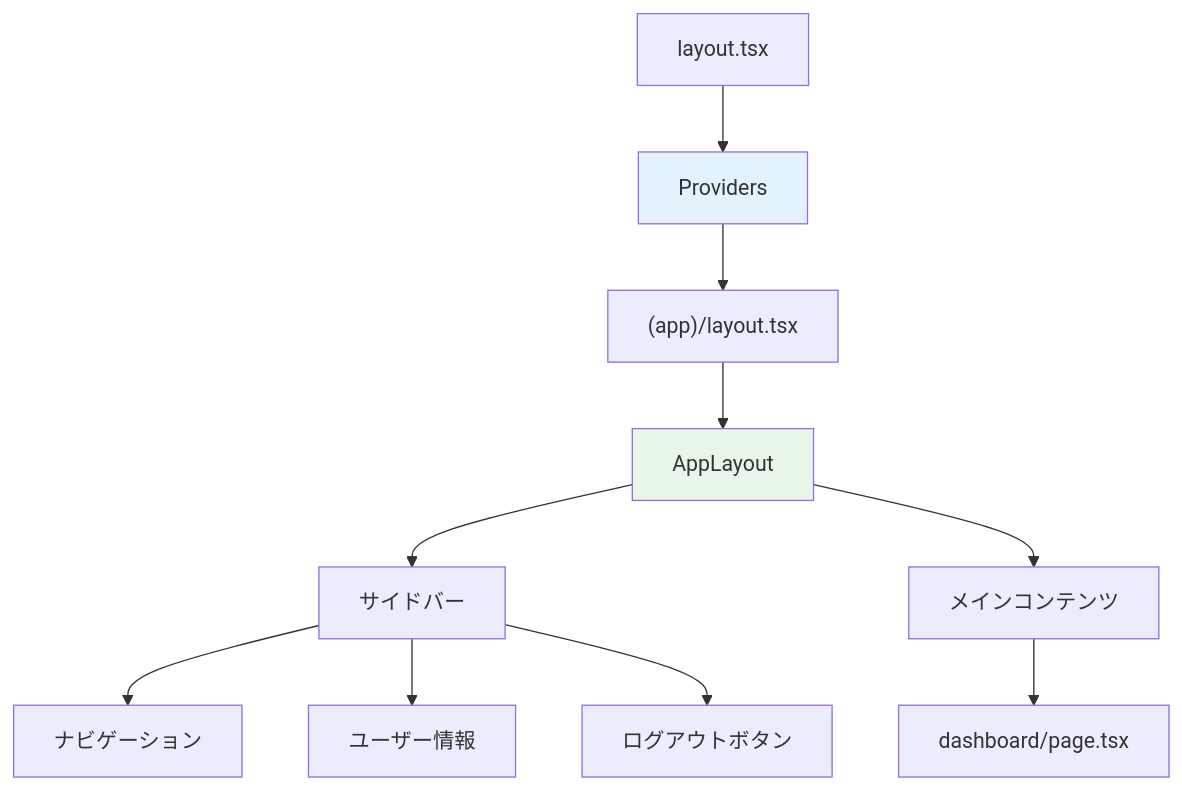
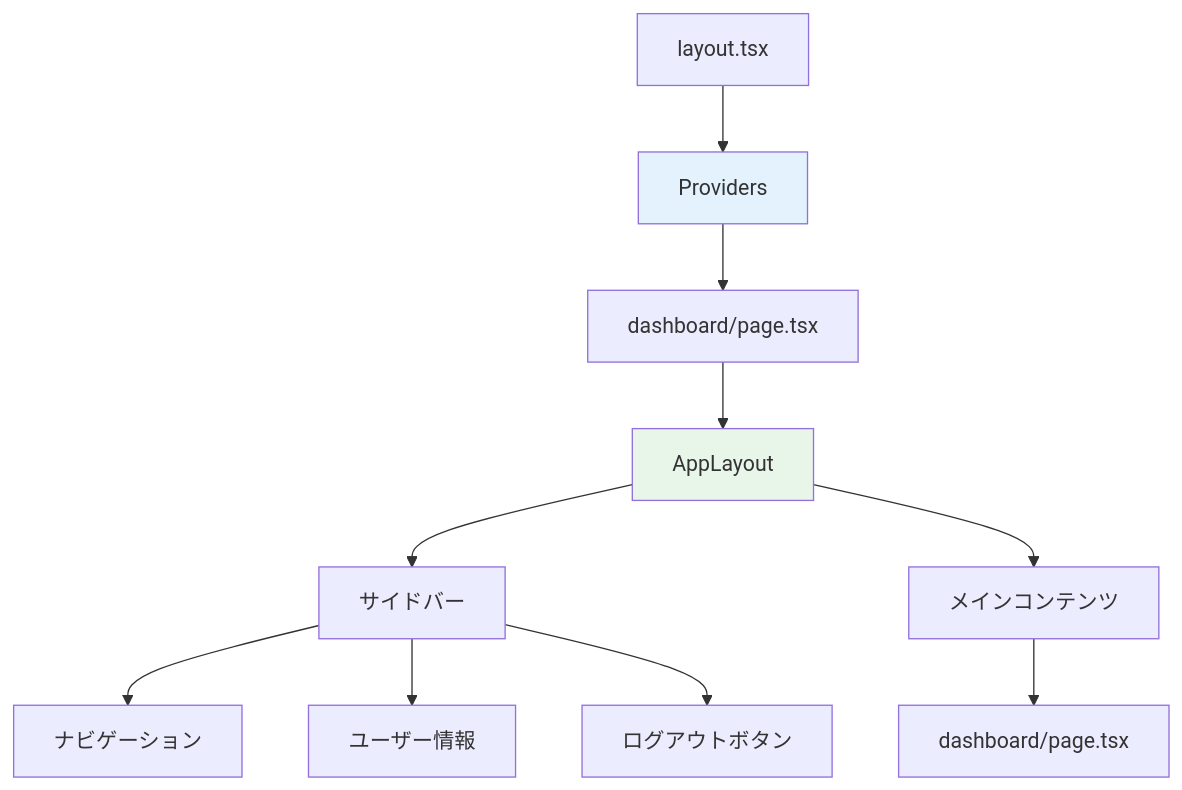
The first of 4 diagrams in material/30days-curriculum/day08_サイドバーを完成させよう.md (kouiso/task-app), drawn with Mermaid before and after one commit. The commit also changed other lines of this file and 14 other files, not shown here.

````diff
--- a/material/30days-curriculum/day08_サイドバーを完成させよう.md
+++ b/material/30days-curriculum/day08_サイドバーを完成させよう.md
@@ -37,15 +36,15 @@
 ```mermaid
 flowchart TD
     A[layout.tsx] --> B[Providers]
-    B --> C["(app)/layout.tsx"]
+    B --> C["dashboard/page.tsx"]
     C --> D[AppLayout]
     D --> E[サイドバー]
     D --> F[メインコンテンツ]
     E --> G[ナビゲーション]
     E --> H[ユーザー情報]
     E --> I[ログアウトボタン]
     F --> J[dashboard/page.tsx]
 
     style B fill:#e3f2fd
     style D fill:#e8f5e9
 ```
````
